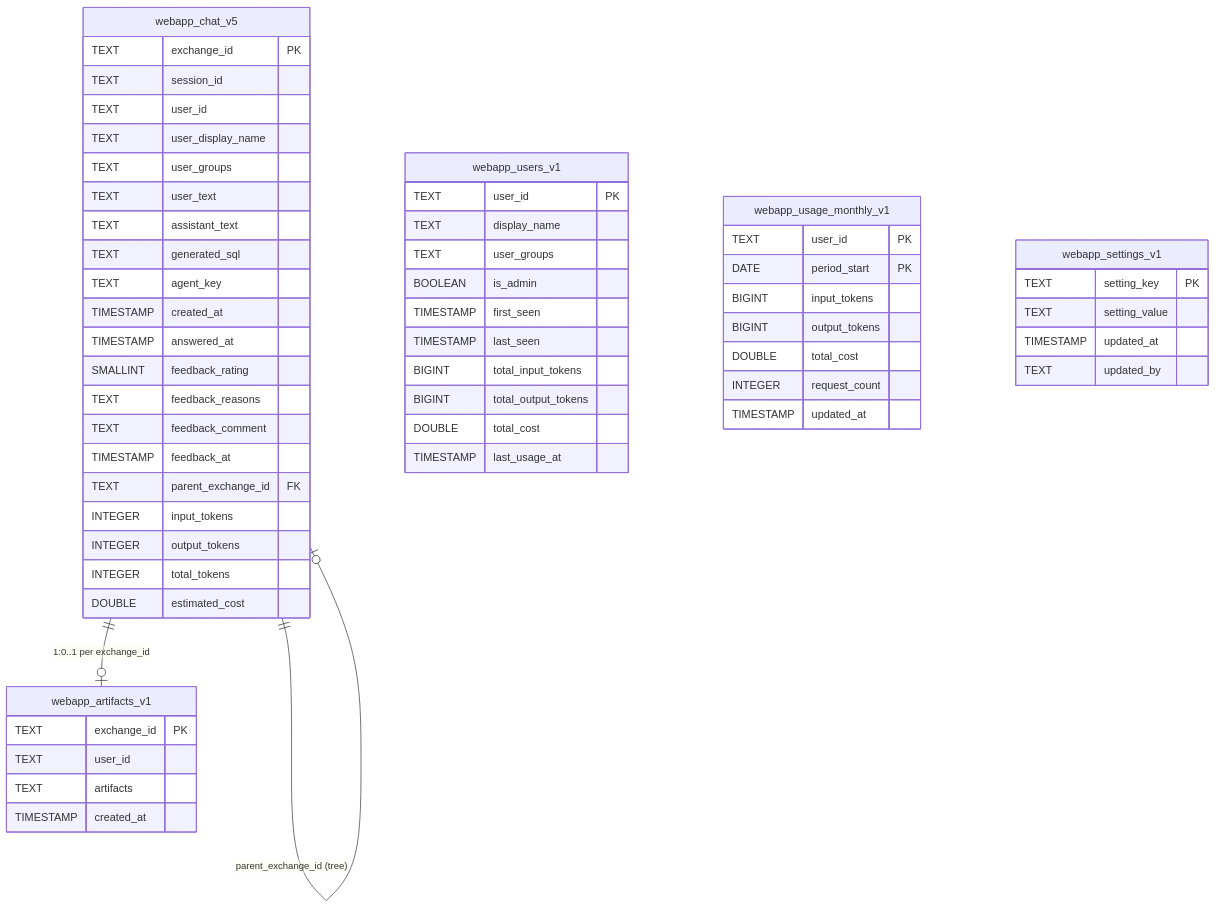
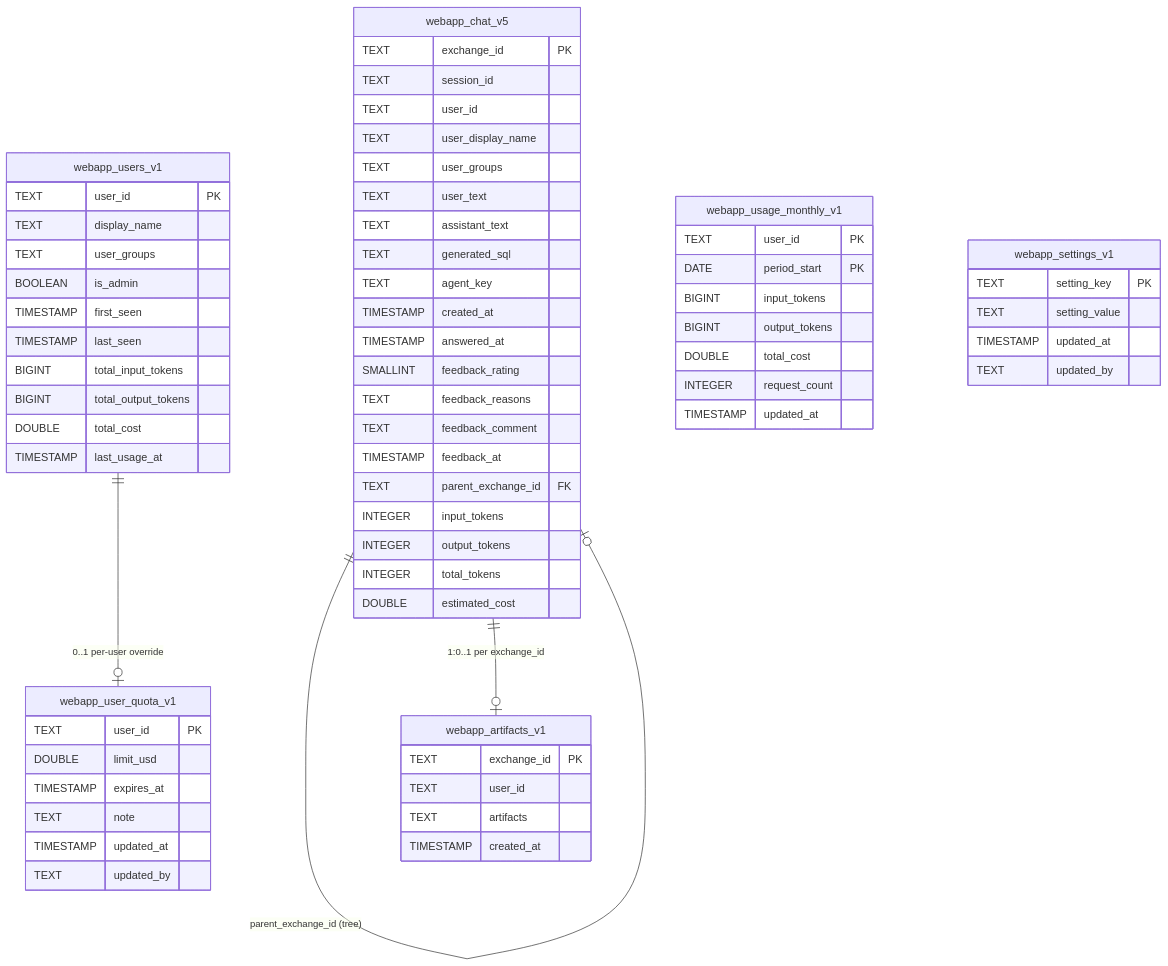
The diagram in project-documentation/04-backend/04-storage-and-data-model.md (SAIDCHAOUI/owismind-system), drawn with Mermaid before and after one commit. The commit also changed other lines of this file and 66 other files, not shown here.

````diff
--- a/project-documentation/04-backend/04-storage-and-data-model.md
+++ b/project-documentation/04-backend/04-storage-and-data-model.md
@@ -119,60 +121,69 @@
 ```mermaid
 erDiagram
     webapp_chat_v5 {
         TEXT exchange_id PK
         TEXT session_id
         TEXT user_id
         TEXT user_display_name
         TEXT user_groups
         TEXT user_text
         TEXT assistant_text
         TEXT generated_sql
         TEXT agent_key
         TIMESTAMP created_at
         TIMESTAMP answered_at
         SMALLINT feedback_rating
         TEXT feedback_reasons
         TEXT feedback_comment
         TIMESTAMP feedback_at
         TEXT parent_exchange_id FK
         INTEGER input_tokens
         INTEGER output_tokens
         INTEGER total_tokens
         DOUBLE estimated_cost
     }
     webapp_users_v1 {
         TEXT user_id PK
         TEXT display_name
         TEXT user_groups
         BOOLEAN is_admin
         TIMESTAMP first_seen
         TIMESTAMP last_seen
         BIGINT total_input_tokens
         BIGINT total_output_tokens
         DOUBLE total_cost
         TIMESTAMP last_usage_at
     }
     webapp_usage_monthly_v1 {
         TEXT user_id PK
         DATE period_start PK
         BIGINT input_tokens
         BIGINT output_tokens
         DOUBLE total_cost
         INTEGER request_count
         TIMESTAMP updated_at
     }
     webapp_settings_v1 {
         TEXT setting_key PK
         TEXT setting_value
         TIMESTAMP updated_at
         TEXT updated_by
     }
     webapp_artifacts_v1 {
         TEXT exchange_id PK
         TEXT user_id
         TEXT artifacts
         TIMESTAMP created_at
     }
+    webapp_user_quota_v1 {
+        TEXT user_id PK
+        DOUBLE limit_usd
+        TIMESTAMP expires_at
+        TEXT note
+        TIMESTAMP updated_at
+        TEXT updated_by
+    }
     webapp_chat_v5 ||--o| webapp_chat_v5 : "parent_exchange_id (tree)"
     webapp_chat_v5 ||--o| webapp_artifacts_v1 : "1:0..1 per exchange_id"
+    webapp_users_v1 ||--o| webapp_user_quota_v1 : "0..1 per-user override"
 ```
````
